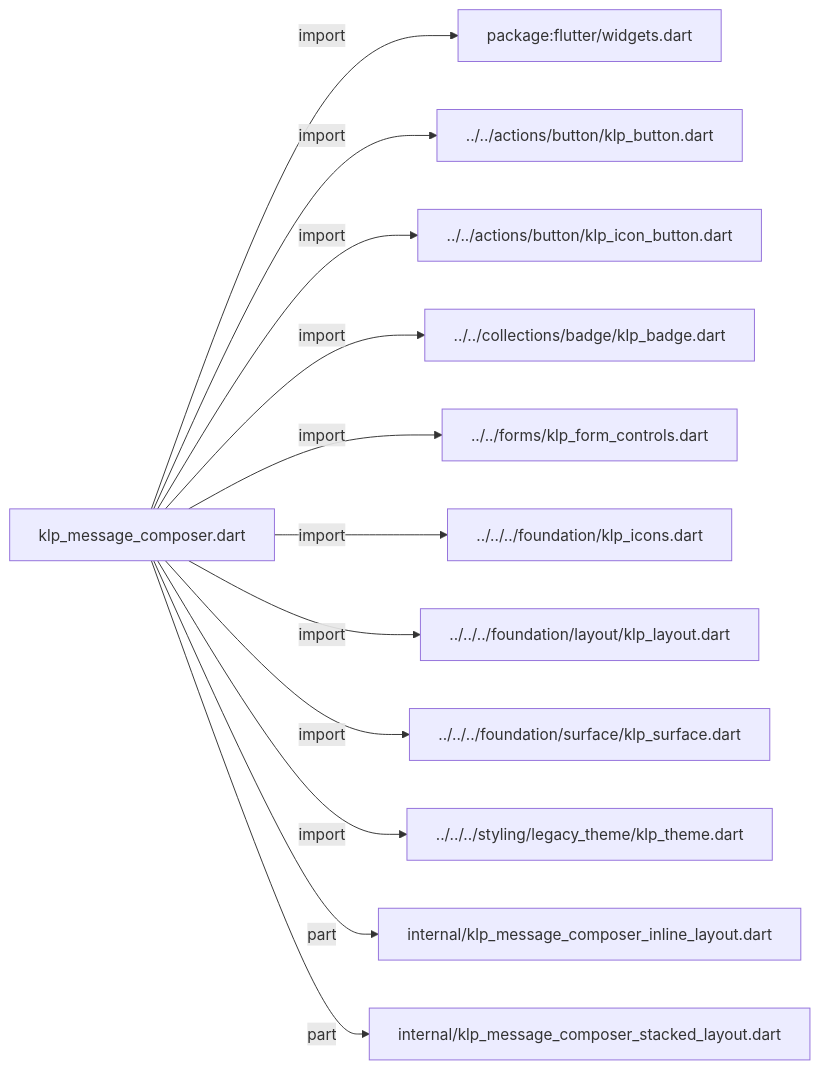
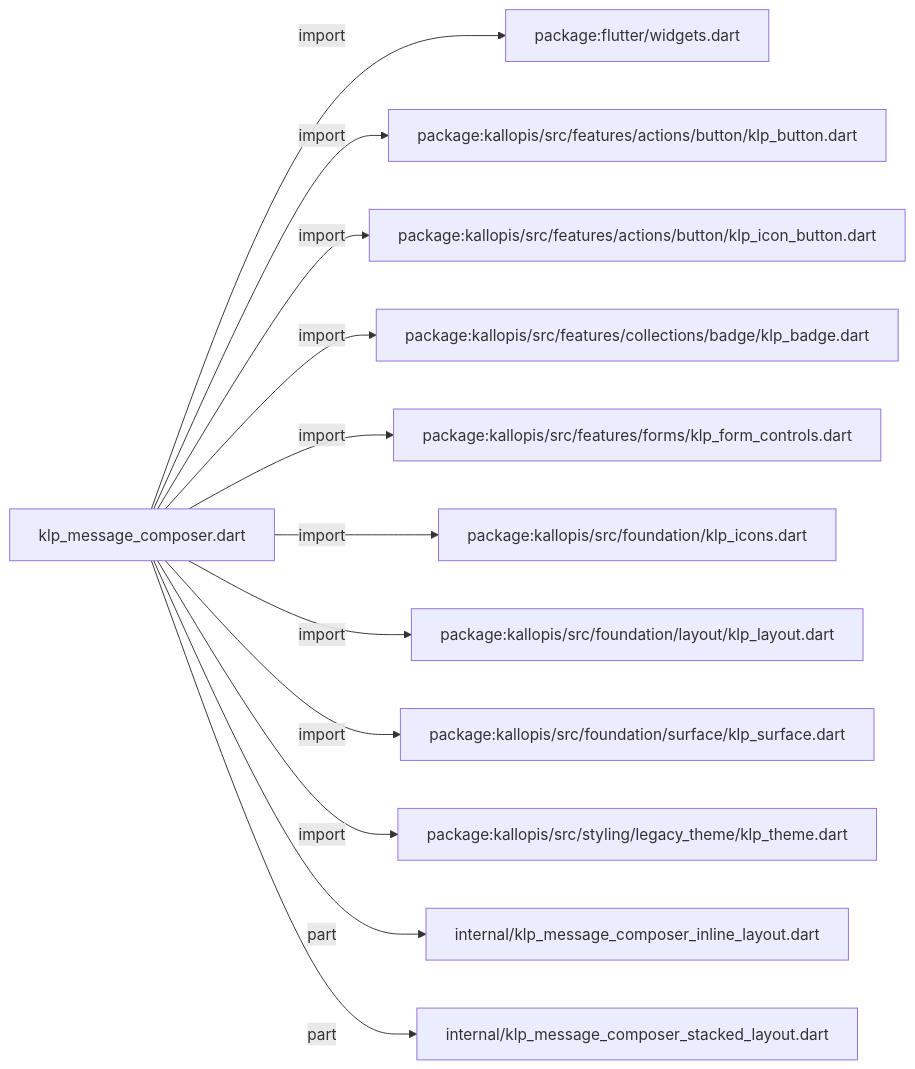
One commit to MiuDog/Kallopis changed the first of 2 diagrams in docs/architecture/src/features/workspace/message_composer/klp_message_composer.md. Above: the diagram before and after it, drawn with Mermaid. The commit also changed other lines of this file and 9688 other files, not shown here.

Commit message:
Prepare isolated Flow F2 peer baseline

````diff
--- a/docs/architecture/src/features/workspace/message_composer/klp_message_composer.md
+++ b/docs/architecture/src/features/workspace/message_composer/klp_message_composer.md
@@ -11,26 +11,26 @@
 ```mermaid
 flowchart LR
 	n0["klp_message_composer.dart"]
 	n1["package:flutter/widgets.dart"]
-	n2["../../actions/button/klp_button.dart"]
-	n3["../../actions/button/klp_icon_button.dart"]
-	n4["../../collections/badge/klp_badge.dart"]
-	n5["../../forms/klp_form_controls.dart"]
-	n6["../../../foundation/klp_icons.dart"]
-	n7["../../../foundation/layout/klp_layout.dart"]
-	n8["../../../foundation/surface/klp_surface.dart"]
-	n9["../../../styling/legacy_theme/klp_theme.dart"]
+	n2["package:kallopis/src/features/actions/button/klp_button.dart"]
+	n3["package:kallopis/src/features/actions/button/klp_icon_button.dart"]
+	n4["package:kallopis/src/features/collections/badge/klp_badge.dart"]
+	n5["package:kallopis/src/features/forms/klp_form_controls.dart"]
+	n6["package:kallopis/src/foundation/klp_icons.dart"]
+	n7["package:kallopis/src/foundation/layout/klp_layout.dart"]
+	n8["package:kallopis/src/foundation/surface/klp_surface.dart"]
+	n9["package:kallopis/src/styling/legacy_theme/klp_theme.dart"]
 	n10["internal/klp_message_composer_inline_layout.dart"]
 	n11["internal/klp_message_composer_stacked_layout.dart"]
 	n0 -->|"import"| n1
 	n0 -->|"import"| n2
 	n0 -->|"import"| n3
 	n0 -->|"import"| n4
 	n0 -->|"import"| n5
 	n0 -->|"import"| n6
 	n0 -->|"import"| n7
 	n0 -->|"import"| n8
 	n0 -->|"import"| n9
 	n0 -->|"part"| n10
 	n0 -->|"part"| n11
 ```
````
